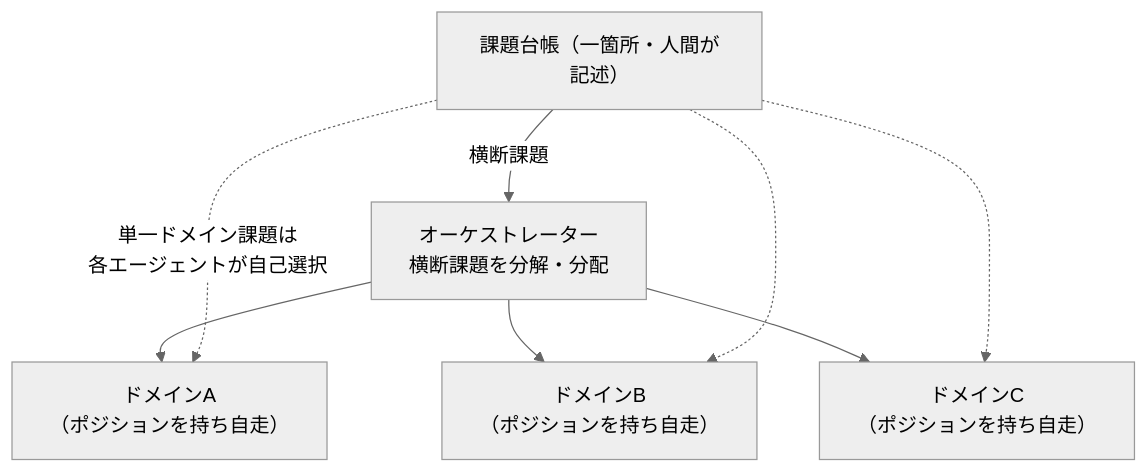
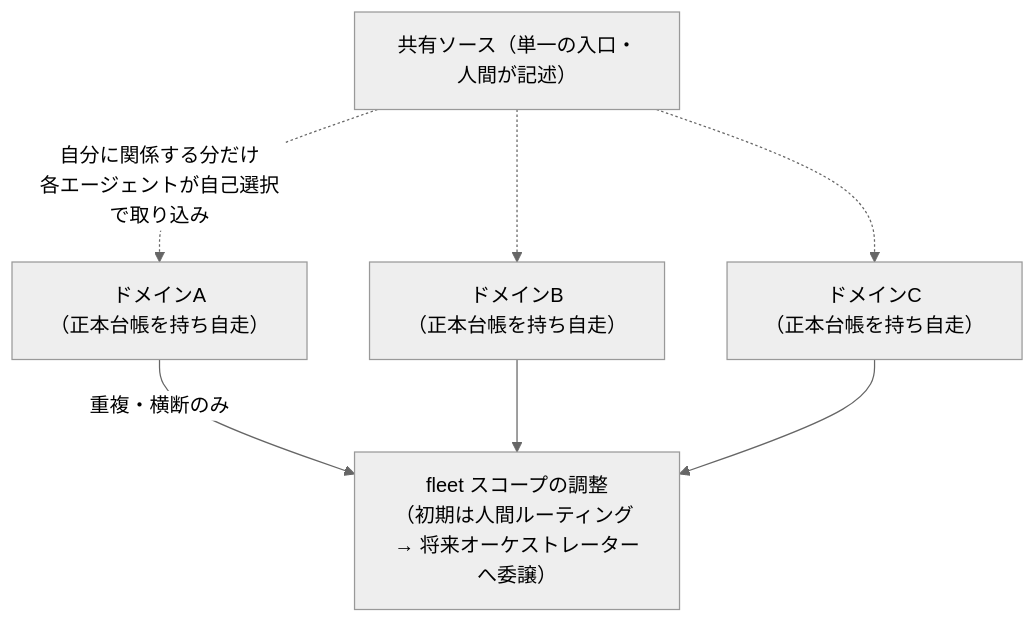
The diagram in docs/requirements.md (masanami/claude-flywheel), drawn with Mermaid (neutral theme) before and after one commit. The commit also changed other lines of this file and 19 other files, not shown here.

````diff
--- a/docs/requirements.md
+++ b/docs/requirements.md
@@ -102,11 +102,10 @@
 ```mermaid
 flowchart TD
-    ledger["課題台帳（一箇所・人間が記述）"]
-    ledger -->|横断課題| orch["オーケストレーター<br/>横断課題を分解・分配"]
-    orch --> dA["ドメインA<br/>（ポジションを持ち自走）"]
-    orch --> dB["ドメインB<br/>（ポジションを持ち自走）"]
-    orch --> dC["ドメインC<br/>（ポジションを持ち自走）"]
-    ledger -.->|"単一ドメイン課題は<br/>各エージェントが自己選択"| dA
-    ledger -.-> dB
-    ledger -.-> dC
+    src["共有ソース（単一の入口・人間が記述）"]
+    src -.->|"自分に関係する分だけ<br/>各エージェントが自己選択で取り込み"| dA["ドメインA<br/>（正本台帳を持ち自走）"]
+    src -.-> dB["ドメインB<br/>（正本台帳を持ち自走）"]
+    src -.-> dC["ドメインC<br/>（正本台帳を持ち自走）"]
+    dA -->|"重複・横断のみ"| fleet["fleet スコープの調整<br/>（初期は人間ルーティング → 将来オーケストレーターへ委譲）"]
+    dB --> fleet
+    dC --> fleet
 ```
````
